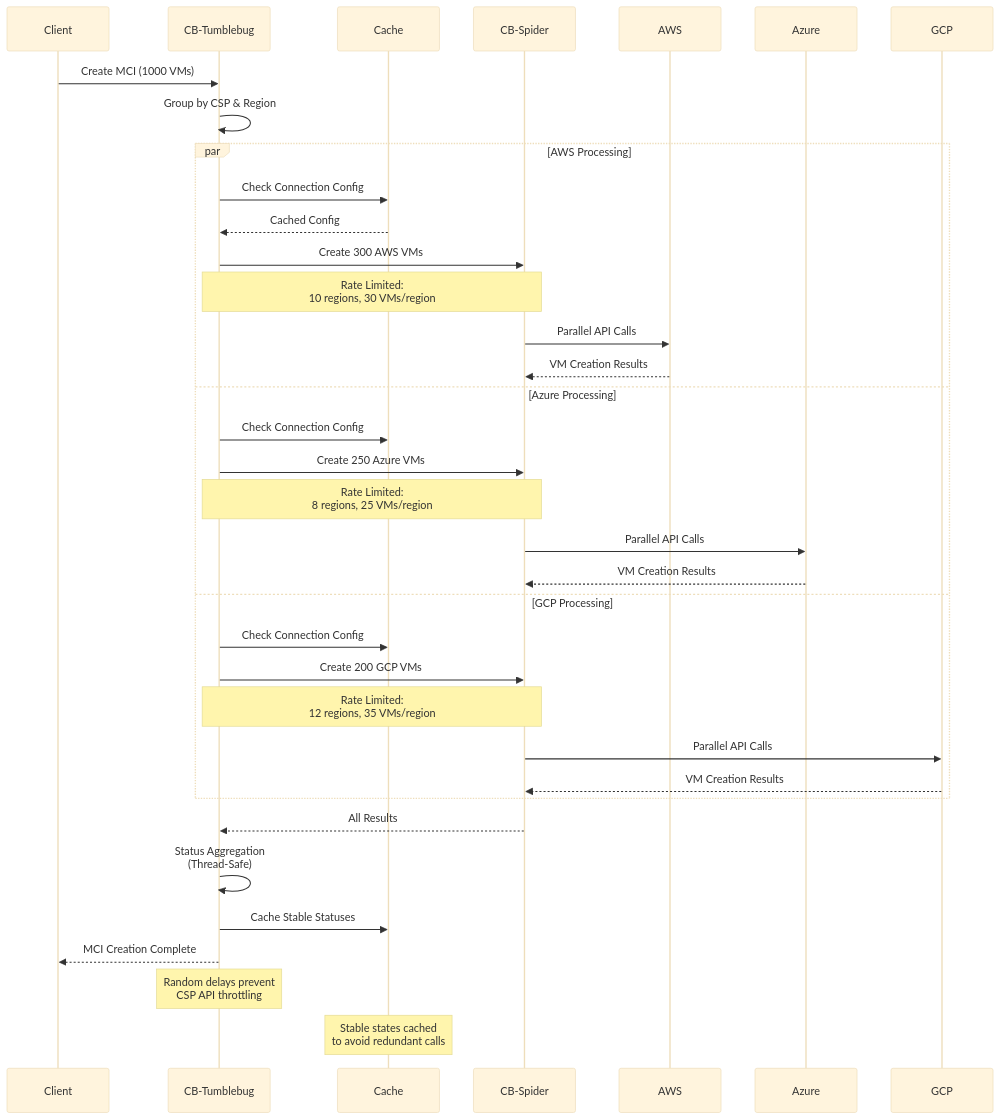
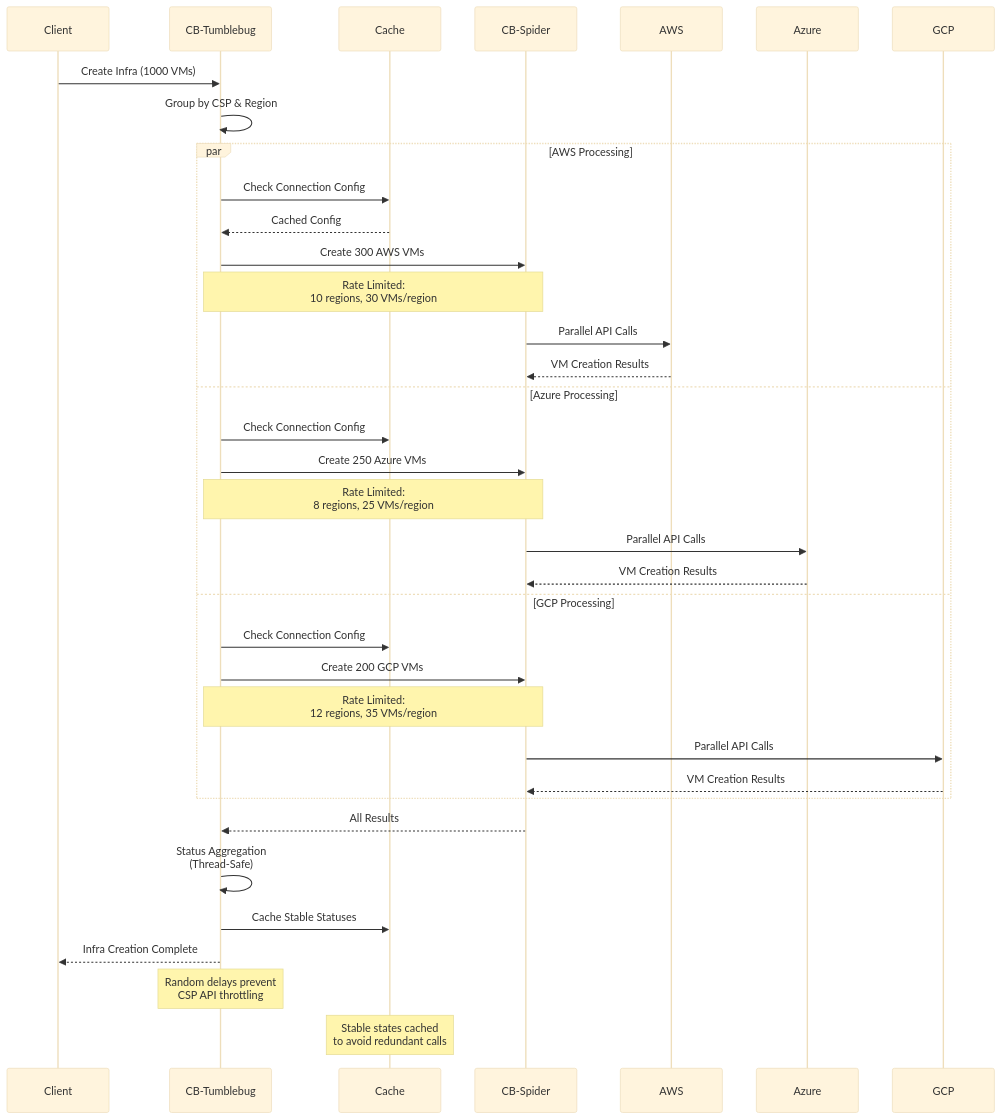
One commit to cloud-barista/cb-tumblebug changed the eighth of 9 diagrams in docs/feature_guide/high-scale-provisioning-architecture.md. Above: the diagram before and after it, drawn with Mermaid (base theme). The commit also changed other lines of this file and 197 other files, not shown here.

````diff
--- a/docs/feature_guide/high-scale-provisioning-architecture.md
+++ b/docs/feature_guide/high-scale-provisioning-architecture.md
@@ -368,42 +368,42 @@
 ```mermaid
 sequenceDiagram
     participant Client
     participant TB as CB-Tumblebug
     participant Cache
     participant Spider as CB-Spider
     participant CSP1 as AWS
     participant CSP2 as Azure
     participant CSP3 as GCP
     
-    Client->>TB: Create MCI (1000 VMs)
+    Client->>TB: Create Infra (1000 VMs)
     TB->>TB: Group by CSP & Region
     
     par AWS Processing
         TB->>Cache: Check Connection Config
         Cache-->>TB: Cached Config
         TB->>Spider: Create 300 AWS VMs
         Note over TB,Spider: Rate Limited:<br/>10 regions, 30 VMs/region
         Spider->>CSP1: Parallel API Calls
         CSP1-->>Spider: VM Creation Results
     and Azure Processing
         TB->>Cache: Check Connection Config
         TB->>Spider: Create 250 Azure VMs
         Note over TB,Spider: Rate Limited:<br/>8 regions, 25 VMs/region
         Spider->>CSP2: Parallel API Calls
         CSP2-->>Spider: VM Creation Results
     and GCP Processing
         TB->>Cache: Check Connection Config
         TB->>Spider: Create 200 GCP VMs
         Note over TB,Spider: Rate Limited:<br/>12 regions, 35 VMs/region
         Spider->>CSP3: Parallel API Calls
         CSP3-->>Spider: VM Creation Results
     end
     
     Spider-->>TB: All Results
     TB->>TB: Status Aggregation<br/>(Thread-Safe)
     TB->>Cache: Cache Stable Statuses
-    TB-->>Client: MCI Creation Complete
+    TB-->>Client: Infra Creation Complete
     
     Note over TB: Random delays prevent<br/>CSP API throttling
     Note over Cache: Stable states cached<br/>to avoid redundant calls
 ```
````
